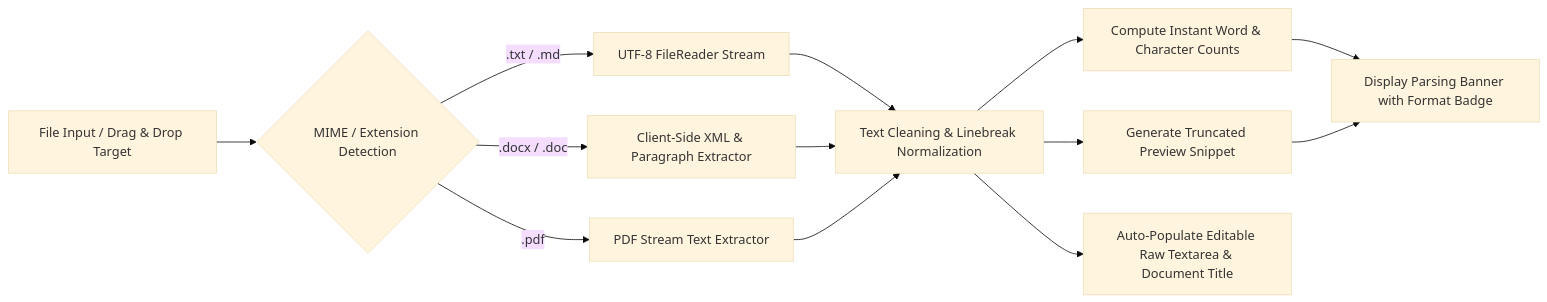
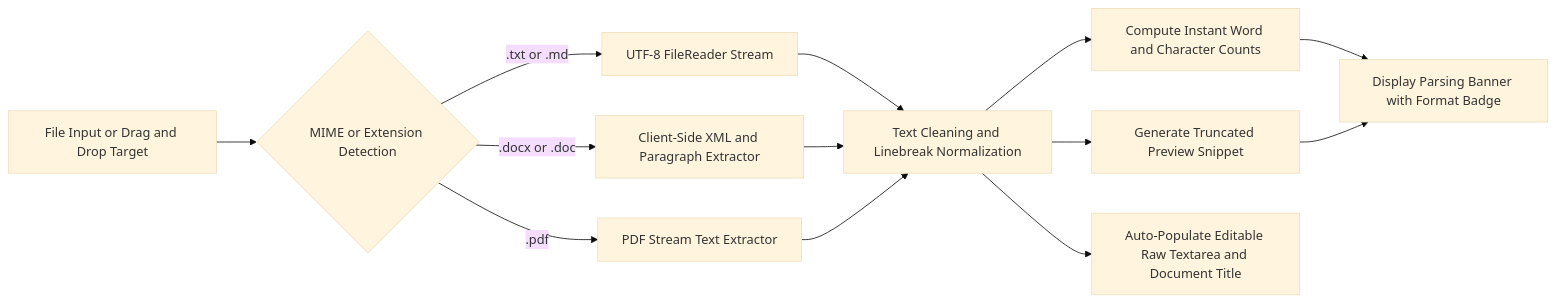
Before and after one commit to RiyanshiVerma-11/ClarifyLegal: the eighth of 10 diagrams in README.md, drawn with Mermaid (base theme). The commit also changed other lines of this file, not shown here.

First line of the commit message:
docs: update architecture diagram in README

````diff
--- a/README.md
+++ b/README.md
@@ -361,18 +360,18 @@
 ```mermaid
 flowchart LR
-    A[File Input / Drag & Drop Target] --> B{MIME / Extension Detection}
+    A["File Input or Drag and Drop Target"] --> B{MIME or Extension Detection}
     
-    B -->|.txt / .md| C[UTF-8 FileReader Stream]
-    B -->|.docx / .doc| D[Client-Side XML & Paragraph Extractor]
+    B -->|.txt or .md| C[UTF-8 FileReader Stream]
+    B -->|.docx or .doc| D[Client-Side XML and Paragraph Extractor]
     B -->|.pdf| E[PDF Stream Text Extractor]
 
-    C --> F[Text Cleaning & Linebreak Normalization]
+    C --> F[Text Cleaning and Linebreak Normalization]
     D --> F
     E --> F
 
-    F --> G[Compute Instant Word & Character Counts]
+    F --> G[Compute Instant Word and Character Counts]
     F --> H[Generate Truncated Preview Snippet]
-    F --> I[Auto-Populate Editable Raw Textarea & Document Title]
+    F --> I[Auto-Populate Editable Raw Textarea and Document Title]
     G --> J[Display Parsing Banner with Format Badge]
     H --> J
 ```
````
